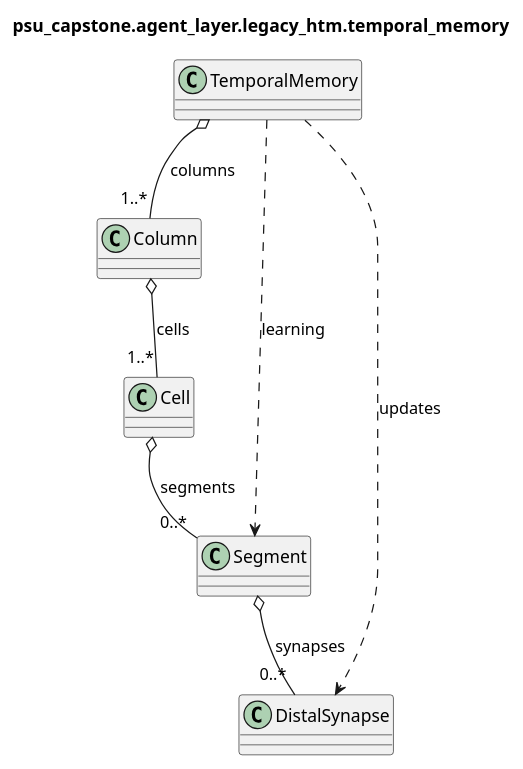
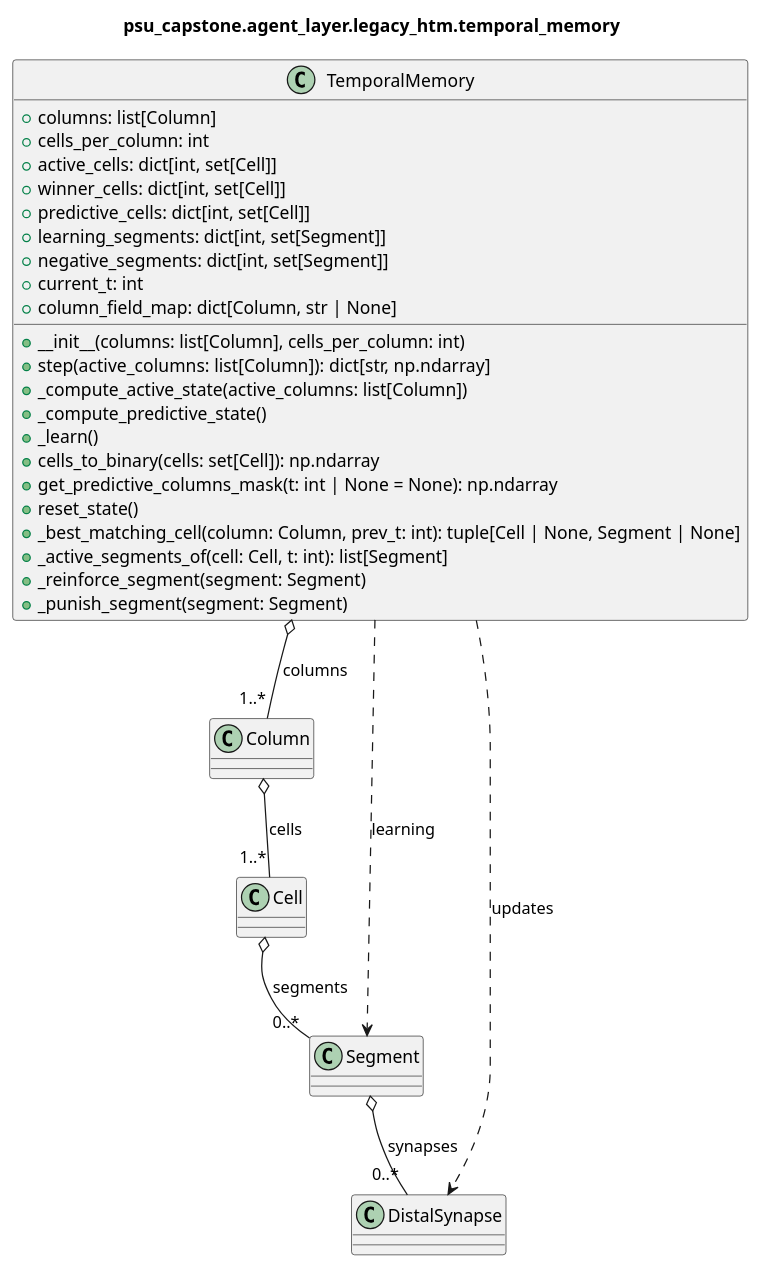
The diagram in docs/puml/psu_capstone/agent_layer/legacy_htm/temporal_memory.puml (egrembocki/htmrl), drawn with PlantUML before and after one commit. The commit also changed 21 other files, not shown here.

Commit message:
Update UML diagrams with attributes and methods

```diff
--- a/docs/puml/psu_capstone/agent_layer/legacy_htm/temporal_memory.puml
+++ b/docs/puml/psu_capstone/agent_layer/legacy_htm/temporal_memory.puml
@@ -1,19 +1,41 @@
 @startuml
 
 title psu_capstone.agent_layer.legacy_htm.temporal_memory
 
-class TemporalMemory
+class TemporalMemory {
+  +columns: list[Column]
+  +cells_per_column: int
+  +active_cells: dict[int, set[Cell]]
+  +winner_cells: dict[int, set[Cell]]
+  +predictive_cells: dict[int, set[Cell]]
+  +learning_segments: dict[int, set[Segment]]
+  +negative_segments: dict[int, set[Segment]]
+  +current_t: int
+  +column_field_map: dict[Column, str | None]
+  +__init__(columns: list[Column], cells_per_column: int)
+  +step(active_columns: list[Column]): dict[str, np.ndarray]
+  +_compute_active_state(active_columns: list[Column])
+  +_compute_predictive_state()
+  +_learn()
+  +cells_to_binary(cells: set[Cell]): np.ndarray
+  +get_predictive_columns_mask(t: int | None = None): np.ndarray
+  +reset_state()
+  +_best_matching_cell(column: Column, prev_t: int): tuple[Cell | None, Segment | None]
+  +_active_segments_of(cell: Cell, t: int): list[Segment]
+  +_reinforce_segment(segment: Segment)
+  +_punish_segment(segment: Segment)
+}
 class Column
 class Cell
 class Segment
 class DistalSynapse
 
 TemporalMemory o-- "1..*" Column : columns
 Column o-- "1..*" Cell : cells
 Cell o-- "0..*" Segment : segments
 Segment o-- "0..*" DistalSynapse : synapses
 
 TemporalMemory ..> Segment : learning
 TemporalMemory ..> DistalSynapse : updates
 
 @enduml
```
